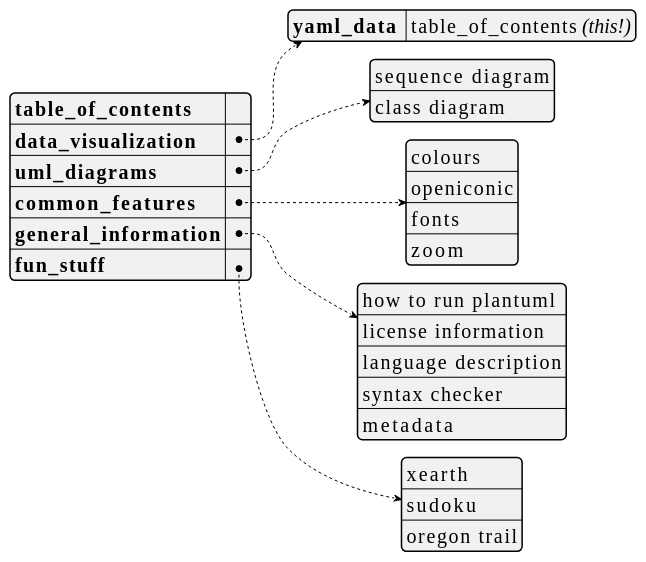
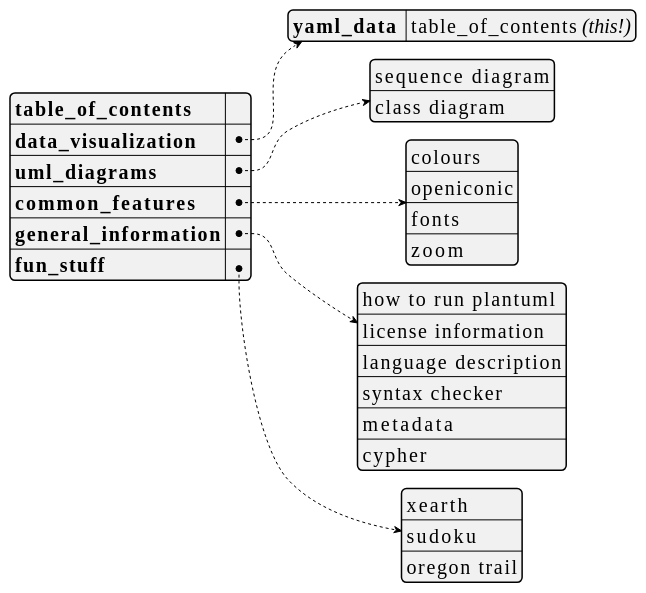
One commit to dragondive/heavens-arena changed the first of 18 diagrams in plantuml_demo.md. Above: the diagram before and after it, drawn with PlantUML. The commit also changed other lines of this file, not shown here.

Commit message:
added info: cypher

````diff
--- a/plantuml_demo.md
+++ b/plantuml_demo.md
@@ -26,44 +26,45 @@
 ```plantuml
 @startyaml
 <style>
 yamlDiagram {
     node {
         ' use a constant width font because that's what developers do.
         FontName Consolas
         FontSize 20
     }
 }
 </style>
 
 /'TODO:
 It would be cool to hyperlink the entries in the table_of_contents to the
 respective section in the document. Not only would it further accentuate the
 [Medium Awareness](https://tvtropes.org/pmwiki/pmwiki.php/Main/MediumAwareness)
 of this yaml document, but also augment the
 [Anachronic Order](https://tvtropes.org/pmwiki/pmwiki.php/Main/AnachronicOrder)
 of the outer markdown document.
 '/
 
 **table_of_contents**: ""  /' workaround: empty string here to avoid dummy link '/
 data_visualization:
     yaml_data : table_of_contents //(this!)//
 uml_diagrams:
     - sequence diagram
     - class diagram
 common_features:
     - colours
     - openiconic
     - fonts
     - zoom
 general_information:
     - how to run plantuml
     - license information
     - language description
     - syntax checker
     - metadata
+    - cypher
 fun_stuff:
     - xearth
     - sudoku
     - oregon trail
 @endyaml
 ```
````
